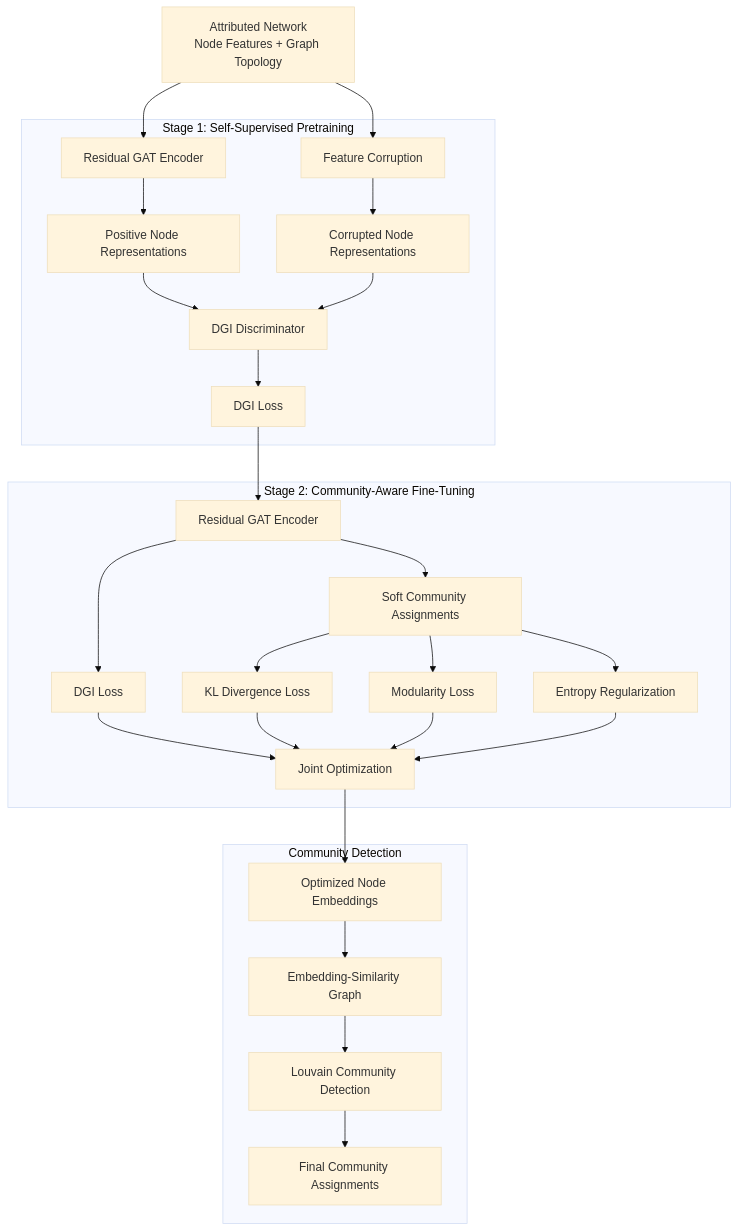
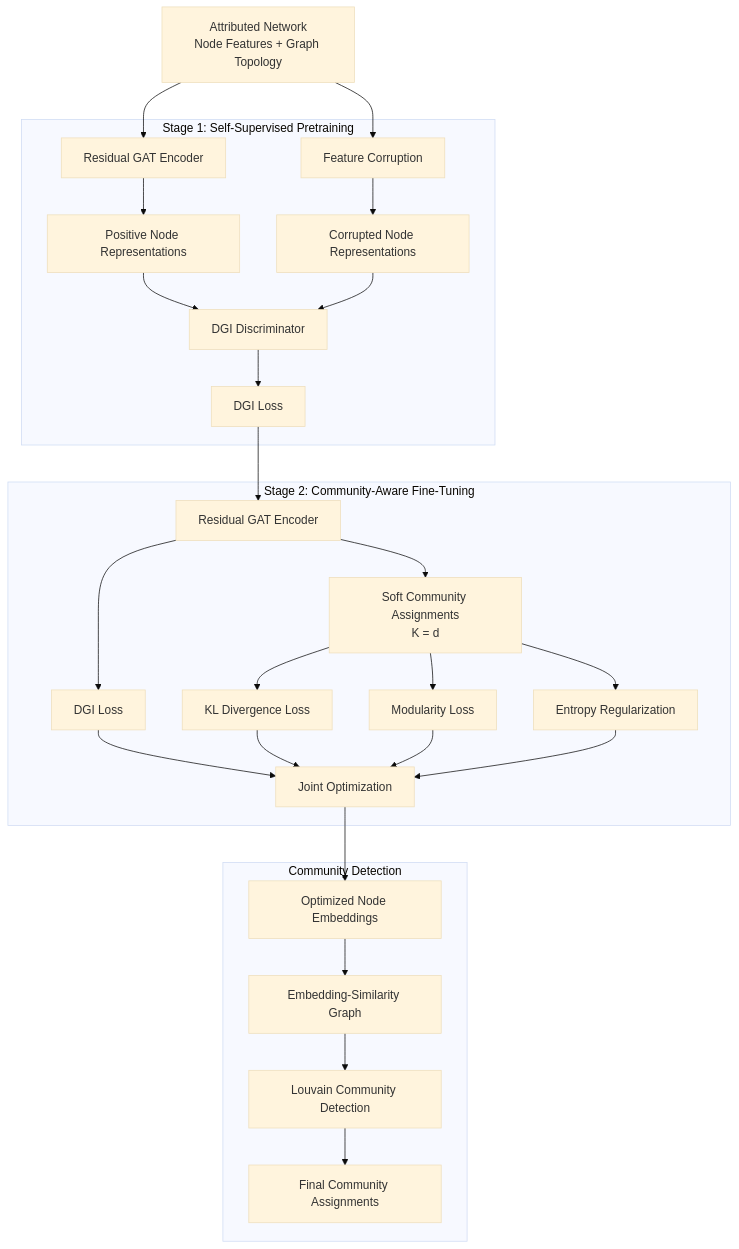
The diagram in README.md (ParmidaGh/RAGE-CD), drawn with Mermaid (base theme) before and after one commit. The commit also changed other lines of this file, not shown here.

````diff
--- a/README.md
+++ b/README.md
@@ -148,57 +158,57 @@
 ```mermaid
 flowchart TD
 
     A[Attributed Network<br/>Node Features + Graph Topology]
 
     subgraph Stage1["Stage 1: Self-Supervised Pretraining"]
         B[Residual GAT Encoder]
         C[Positive Node Representations]
         D[Feature Corruption]
         E[Corrupted Node Representations]
         F[DGI Discriminator]
         G[DGI Loss]
     end
 
     subgraph Stage2["Stage 2: Community-Aware Fine-Tuning"]
         H[Residual GAT Encoder]
-        I[Soft Community Assignments]
+        I[Soft Community Assignments<br/>K = d]
         J[DGI Loss]
         K[KL Divergence Loss]
         L[Modularity Loss]
         M[Entropy Regularization]
         N[Joint Optimization]
     end
 
     subgraph Stage3["Community Detection"]
         O[Optimized Node Embeddings]
         P[Embedding-Similarity Graph]
         Q[Louvain Community Detection]
         R[Final Community Assignments]
     end
 
     A --> B
     B --> C
     A --> D
     D --> E
     C --> F
     E --> F
     F --> G
 
     G --> H
     H --> I
 
     H --> J
     I --> K
     I --> L
     I --> M
 
     J --> N
     K --> N
     L --> N
     M --> N
 
     N --> O
     O --> P
     P --> Q
     Q --> R
 ```
````
